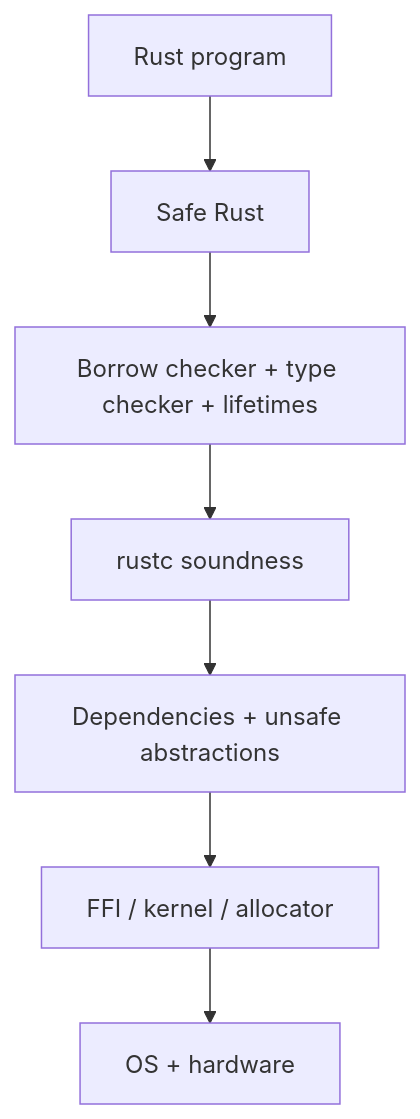
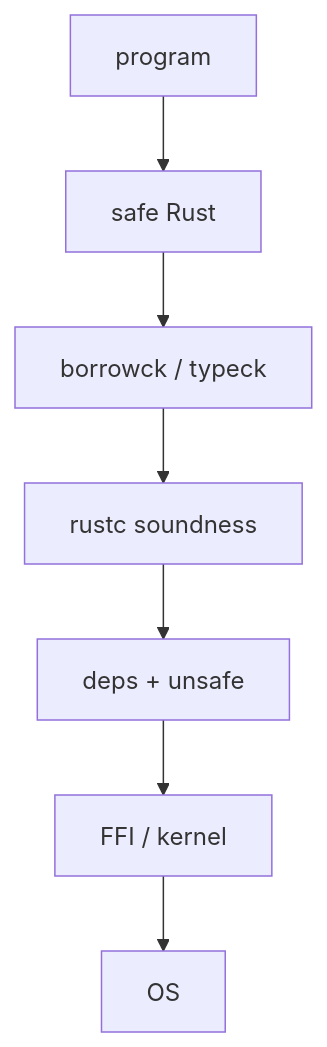
One commit to aabhinavg1/FixIt changed the diagram in docs/articles/rust-claims-a-reality-check.md. Above: the diagram before and after it, drawn with Mermaid. The commit also changed other lines of this file, not shown here.

First line of the commit message:
Rewrite the Rust claims article in a first-person investigation voice.

````diff
--- a/docs/articles/rust-claims-a-reality-check.md
+++ b/docs/articles/rust-claims-a-reality-check.md
@@ -112,9 +80,9 @@
 ```mermaid
 flowchart TB
-    P[Rust program] --> S[Safe Rust]
-    S --> BC[Borrow checker + type checker + lifetimes]
+    P[program] --> S[safe Rust]
+    S --> BC[borrowck / typeck]
     BC --> RC[rustc soundness]
-    RC --> DEP["Dependencies + unsafe abstractions"]
-    DEP --> FFI[FFI / kernel / allocator]
-    FFI --> HW[OS + hardware]
+    RC --> DEP[deps + unsafe]
+    DEP --> FFI[FFI / kernel]
+    FFI --> HW[OS]
 ```
````
